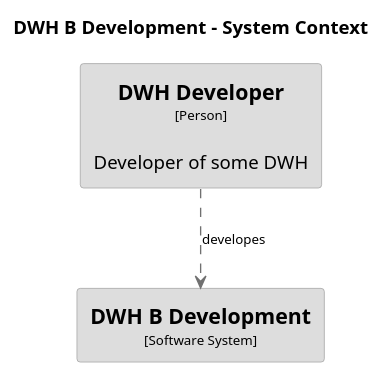
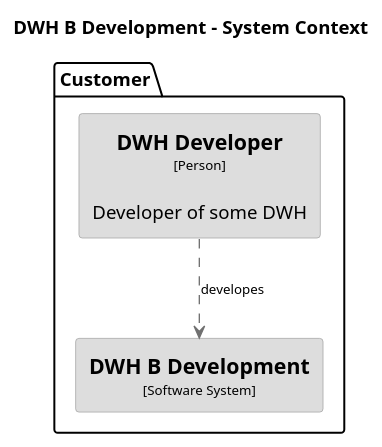
The diagram in docs/src/c4_dsl/puml/structurizr-DWHBDevelopment-SystemContext.puml (DataHandwerk/DataHandwerk-toolkit-mssql), drawn with PlantUML before and after one commit. The commit also changed 36 other files, not shown here.

Commit message:
structurizr diagrams used in documentation

```diff
--- a/docs/src/c4_dsl/puml/structurizr-DWHBDevelopment-SystemContext.puml
+++ b/docs/src/c4_dsl/puml/structurizr-DWHBDevelopment-SystemContext.puml
@@ -1,26 +1,28 @@
 @startuml(id=DWHBDevelopment-SystemContext)
 title DWH B Development - System Context
 
 skinparam {
   shadowing false
   arrowFontSize 10
   defaultTextAlignment center
   wrapWidth 200
   maxMessageSize 100
 }
 hide stereotype
 top to bottom direction
-skinparam rectangle<<6>> {
+skinparam rectangle<<1>> {
   BackgroundColor #dddddd
   FontColor #000000
   BorderColor #9A9A9A
 }
-skinparam rectangle<<9>> {
+skinparam rectangle<<4>> {
   BackgroundColor #dddddd
   FontColor #000000
   BorderColor #9A9A9A
 }
-rectangle "==DWH Developer\n<size:10>[Person]</size>\n\nDeveloper of some DWH" <<6>> as 6
-rectangle "==DWH B Development\n<size:10>[Software System]</size>" <<9>> as 9
-6 .[#707070].> 9 : "developes"
+package "Customer" {
+  rectangle "==DWH Developer\n<size:10>[Person]</size>\n\nDeveloper of some DWH" <<1>> as 1
+  rectangle "==DWH B Development\n<size:10>[Software System]</size>" <<4>> as 4
+}
+1 .[#707070].> 4 : "developes"
 @enduml
```
